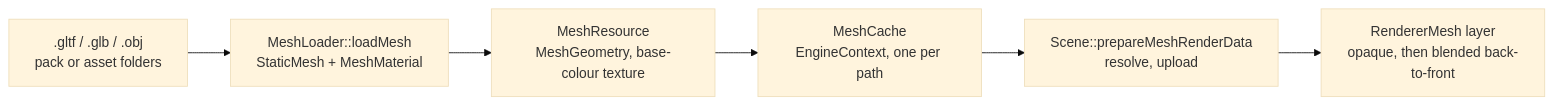
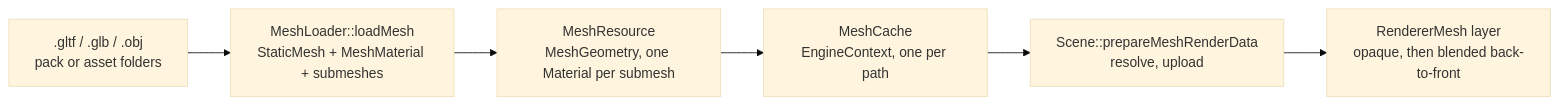
Before and after one commit to Silmaen/Owl: the eighth of 13 diagrams in doc/pages/renderer.md, drawn with Mermaid (base theme). The commit also changed other lines of this file and 289 other files, not shown here.

````diff
--- a/doc/pages/renderer.md
+++ b/doc/pages/renderer.md
@@ -538,8 +572,8 @@
 ```mermaid
 flowchart LR
-    File[".gltf / .glb / .obj<br/>pack or asset folders"] --> Loader["MeshLoader::loadMesh<br/>StaticMesh + MeshMaterial"]
-    Loader --> Resource["MeshResource<br/>MeshGeometry, base-colour texture"]
+    File[".gltf / .glb / .obj<br/>pack or asset folders"] --> Loader["MeshLoader::loadMesh<br/>StaticMesh + MeshMaterial + submeshes"]
+    Loader --> Resource["MeshResource<br/>MeshGeometry, one Material per submesh"]
     Resource --> Cache["MeshCache<br/>EngineContext, one per path"]
     Cache --> Prep["Scene::prepareMeshRenderData<br/>resolve, upload"]
     Prep --> Layer["RendererMesh layer<br/>opaque, then blended back-to-front"]
 ```
````
